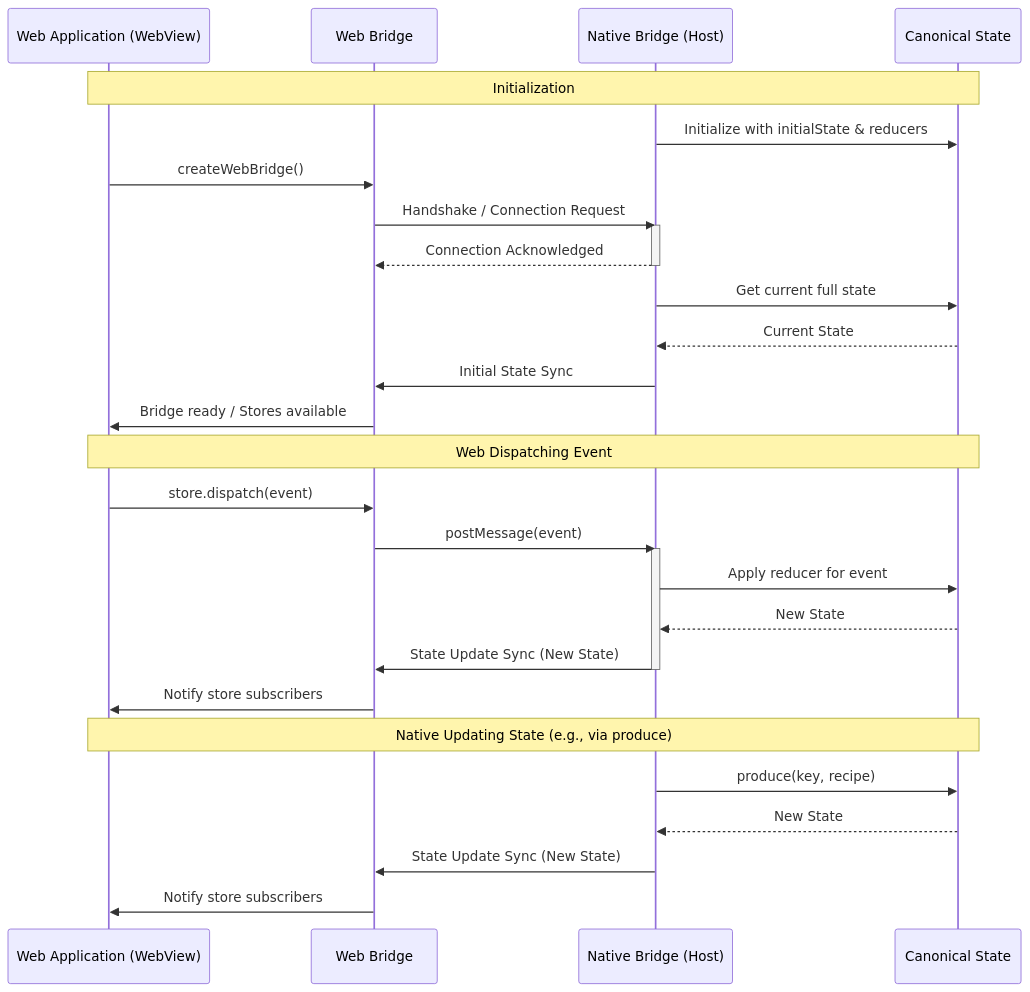
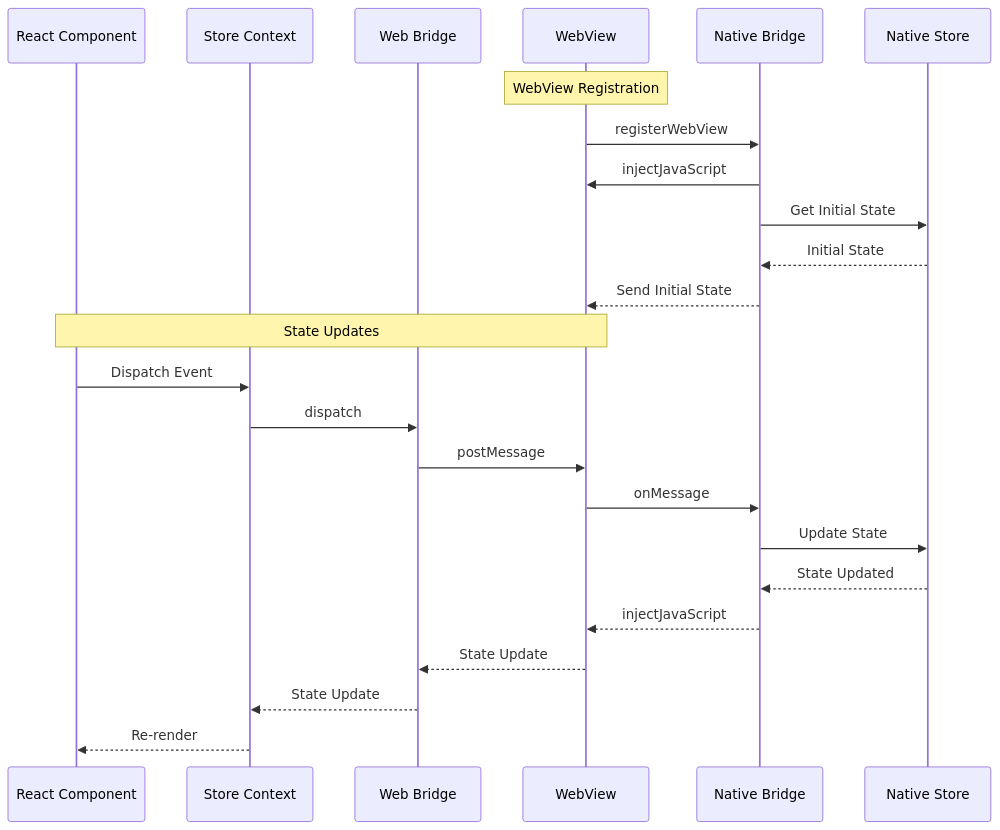
Before and after one commit to open-game-system/app-bridge: the second of 4 diagrams in docs/ARCHITECTURE.md, drawn with Mermaid. The commit also changed other lines of this file and 37 other files, not shown here.

````diff
--- a/docs/ARCHITECTURE.md
+++ b/docs/ARCHITECTURE.md
@@ -32,35 +42,28 @@
 ```mermaid
 sequenceDiagram
-    participant WebApp as Web Application (WebView)
-    participant WebBridge as Web Bridge
-    participant NativeBridge as Native Bridge (Host)
-    participant NativeState as Canonical State
+    participant RC as React Component
+    participant SC as Store Context
+    participant WB as Web Bridge
+    participant WV as WebView
+    participant NB as Native Bridge
+    participant NS as Native Store
 
-    Note over WebApp, NativeState: Initialization
-    NativeBridge->>NativeState: Initialize with initialState & reducers
-    WebApp->>WebBridge: createWebBridge()
-    WebBridge->>NativeBridge: Handshake / Connection Request
-    activate NativeBridge
-    NativeBridge-->>WebBridge: Connection Acknowledged
-    deactivate NativeBridge
-    NativeBridge->>NativeState: Get current full state
-    NativeState-->>NativeBridge: Current State
-    NativeBridge->>WebBridge: Initial State Sync
-    WebBridge->>WebApp: Bridge ready / Stores available
+    Note over WV: WebView Registration
+    WV->>NB: registerWebView
+    NB->>WV: injectJavaScript
+    NB->>NS: Get Initial State
+    NS-->>NB: Initial State
+    NB-->>WV: Send Initial State
 
-    Note over WebApp, NativeState: Web Dispatching Event
-    WebApp->>WebBridge: store.dispatch(event)
-    WebBridge->>NativeBridge: postMessage(event)
-    activate NativeBridge
-    NativeBridge->>NativeState: Apply reducer for event
-    NativeState-->>NativeBridge: New State
-    NativeBridge->>WebBridge: State Update Sync (New State)
-    deactivate NativeBridge
-    WebBridge->>WebApp: Notify store subscribers
-
-    Note over WebApp, NativeState: Native Updating State (e.g., via produce)
-    NativeBridge->>NativeState: produce(key, recipe)
-    NativeState-->>NativeBridge: New State
-    NativeBridge->>WebBridge: State Update Sync (New State)
-    WebBridge->>WebApp: Notify store subscribers
+    Note over RC,WV: State Updates
+    RC->>SC: Dispatch Event
+    SC->>WB: dispatch
+    WB->>WV: postMessage
+    WV->>NB: onMessage
+    NB->>NS: Update State
+    NS-->>NB: State Updated
+    NB-->>WV: injectJavaScript
+    WV-->>WB: State Update
+    WB-->>SC: State Update
+    SC-->>RC: Re-render
 ```
````
